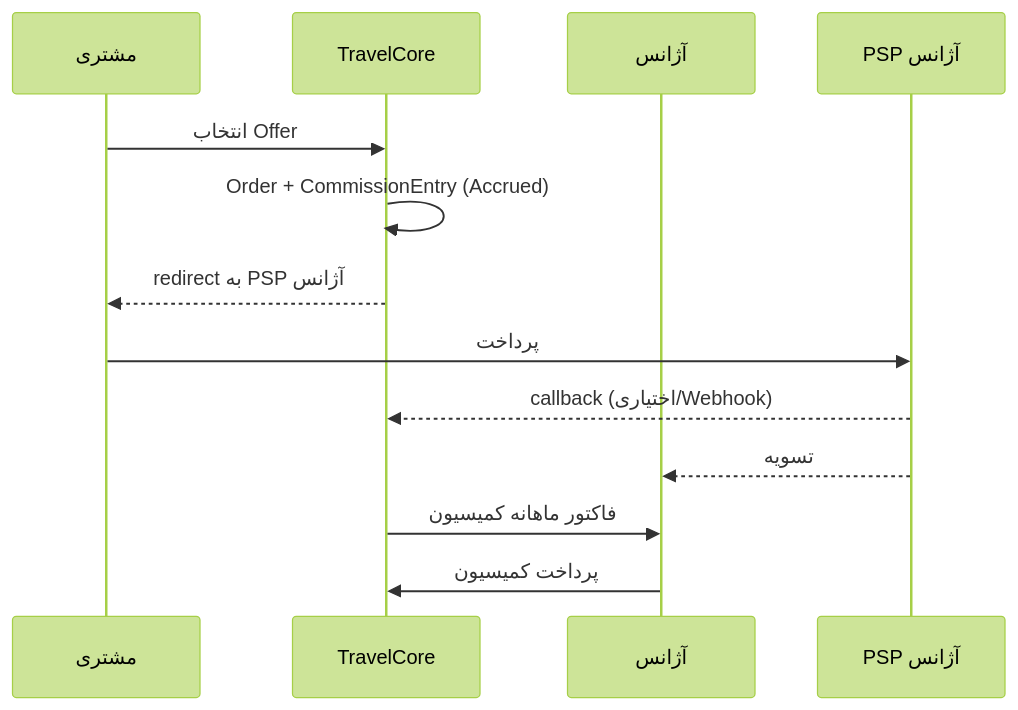
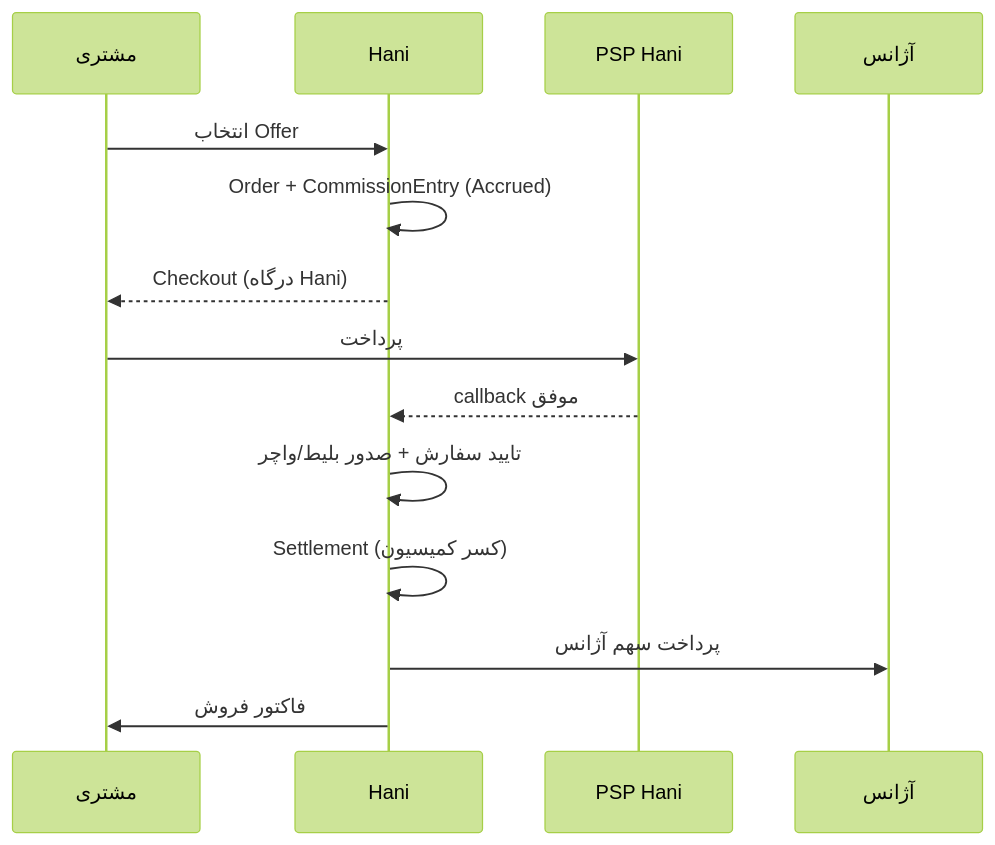
One commit to mrnikiemami-code/Hani changed the third of 3 diagrams in PLAN.md. Above: the diagram before and after it, drawn with Mermaid (forest theme). The commit also changed other lines of this file and 27 other files, not shown here.

Commit message:
docs(model): switch to Hani merchant, dynamic commission, flights scope, tour blueprint and error policy

````diff
--- a/PLAN.md
+++ b/PLAN.md
@@ -2235,15 +2287,16 @@
 ```mermaid
 sequenceDiagram
   participant C as مشتری
-  participant T as TravelCore
+  participant H as Hani
+  participant P as PSP Hani
   participant A as آژانس
-  participant P as PSP آژانس
-  C->>T: انتخاب Offer
-  T->>T: Order + CommissionEntry (Accrued)
-  T-->>C: redirect به PSP آژانس
+  C->>H: انتخاب Offer
+  H->>H: Order + CommissionEntry (Accrued)
+  H-->>C: Checkout (درگاه Hani)
   C->>P: پرداخت
-  P-->>T: callback (اختیاری/Webhook)
-  P-->>A: تسویه
-  T->>A: فاکتور ماهانه کمیسیون
-  A->>T: پرداخت کمیسیون
+  P-->>H: callback موفق
+  H->>H: تایید سفارش + صدور بلیط/واچر
+  H->>H: Settlement (کسر کمیسیون)
+  H->>A: پرداخت سهم آژانس
+  H->>C: فاکتور فروش
 ```
````
